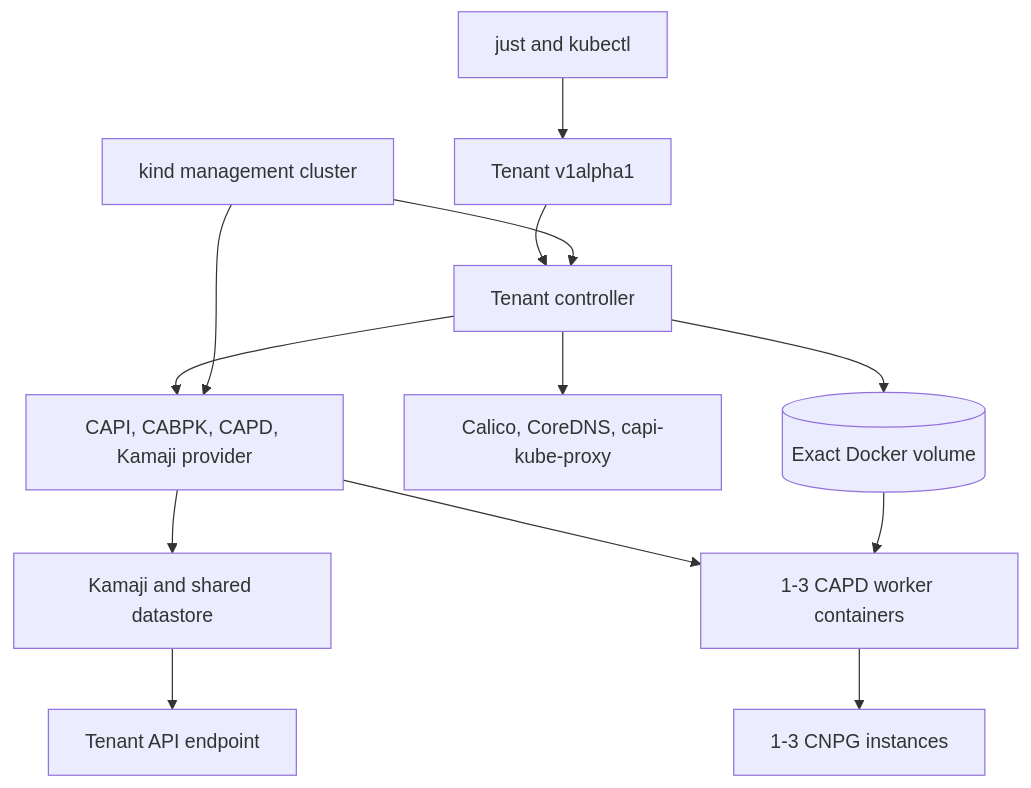
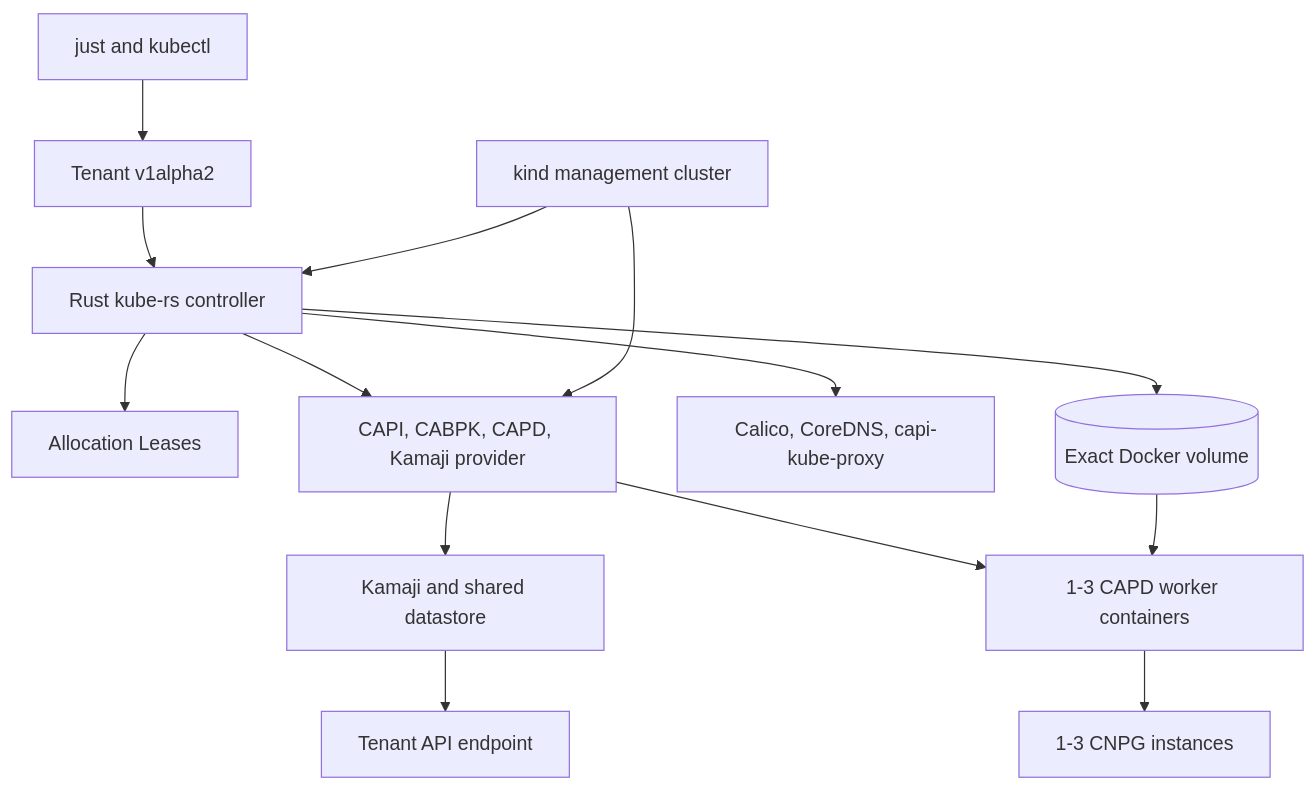
Before and after one commit to youyuanwu/cnpg-vcluster: the diagram in capi/docs/high-level-design.md, drawn with Mermaid. The commit also changed other lines of this file and 168 other files, not shown here.

First line of the commit message:
[Rust Operator Rewrite] Replace Go controller with kube-rs (#20)

````diff
--- a/capi/docs/high-level-design.md
+++ b/capi/docs/high-level-design.md
@@ -19,25 +19,27 @@
 ```mermaid
 flowchart TB
   User[just and kubectl]
   Mgmt[kind management cluster]
-  TenantCR[Tenant v1alpha1]
-  Controller[Tenant controller]
+  TenantCR[Tenant v1alpha2]
+  Controller[Rust kube-rs controller]
+  Slots[Allocation Leases]
   Providers[CAPI, CABPK, CAPD, Kamaji provider]
   Kamaji[Kamaji and shared datastore]
   API[Tenant API endpoint]
   Workers[1-3 CAPD worker containers]
   Network[Calico, CoreDNS, capi-kube-proxy]
   Volume[(Exact Docker volume)]
   CNPG[1-3 CNPG instances]
 
   User --> TenantCR
   TenantCR --> Controller
+  Controller --> Slots
   Controller --> Providers
   Providers --> Kamaji --> API
   Providers --> Workers
   Controller --> Network
   Controller --> Volume
   Volume --> Workers --> CNPG
   Mgmt --> Controller
   Mgmt --> Providers
 ```
````
